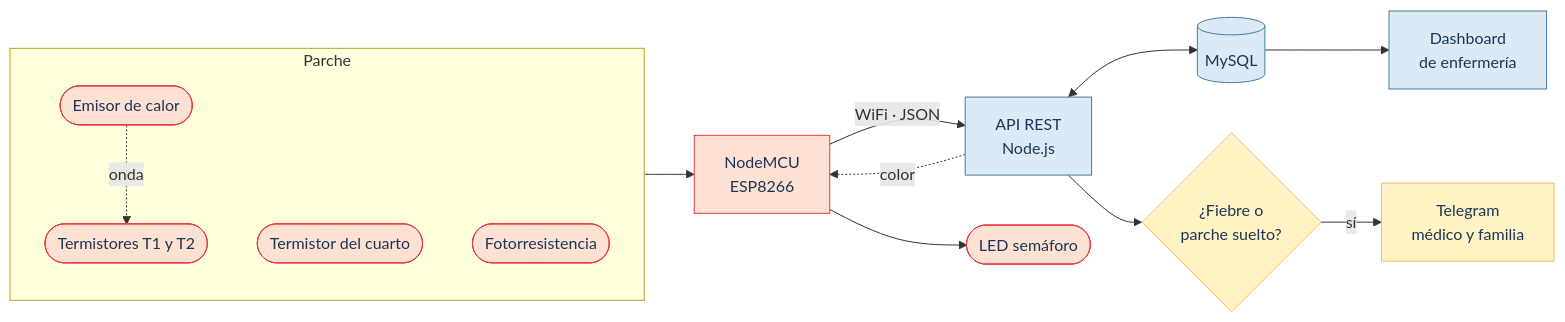
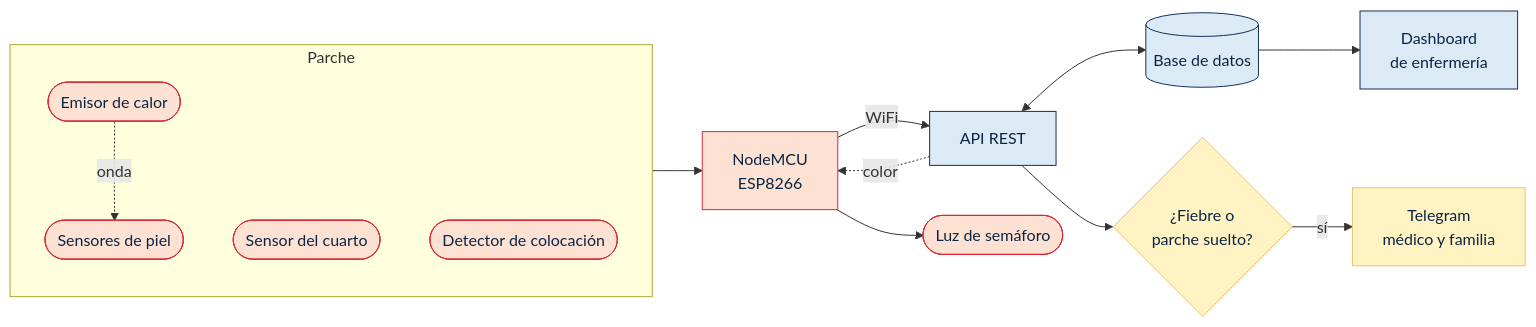
One commit to Fedlui/TermoCare changed the second of 3 diagrams in README.md. Above: the diagram before and after it, drawn with Mermaid. The commit also changed other lines of this file and 2 other files, not shown here.

````diff
--- a/README.md
+++ b/README.md
@@ -52,24 +179,24 @@
 ```mermaid
 flowchart LR
     subgraph P[" Parche "]
         direction TB
-        E(["Emisor de calor"]) -.onda.-> R(["Termistores T1 y T2"])
-        C(["Termistor del cuarto"])
-        L(["Fotorresistencia"])
+        E(["Emisor de calor"]) -.onda.-> R(["Sensores de piel"])
+        C(["Sensor del cuarto"])
+        L(["Detector de colocación"])
     end
     P --> N["NodeMCU<br/>ESP8266"]
-    N -- "WiFi · JSON" --> A["API REST<br/>Node.js"]
-    A <--> D[("MySQL")]
+    N -- "WiFi" --> A["API REST"]
+    A <--> D[("Base de datos")]
     A --> S{"¿Fiebre o<br/>parche suelto?"}
     S -- sí --> T["Telegram<br/>médico y familia"]
     D --> G["Dashboard<br/>de enfermería"]
     A -. color .-> N
-    N --> RGB(["LED semáforo"])
+    N --> RGB(["Luz de semáforo"])
 
-    classDef hw fill:#fde2d4,stroke:#e63946,color:#1d3557
-    classDef sw fill:#dbeaf5,stroke:#457b9d,color:#1d3557
-    classDef al fill:#fff3c4,stroke:#e9c46a,color:#1d3557
+    classDef hw fill:#fde2d4,stroke:#d62839,color:#0b2545
+    classDef sw fill:#dbeaf5,stroke:#13315c,color:#0b2545
+    classDef al fill:#fff3c4,stroke:#e9c46a,color:#0b2545
     class E,R,C,L,N,RGB hw
     class A,D,G sw
     class S,T al
 ```
````
